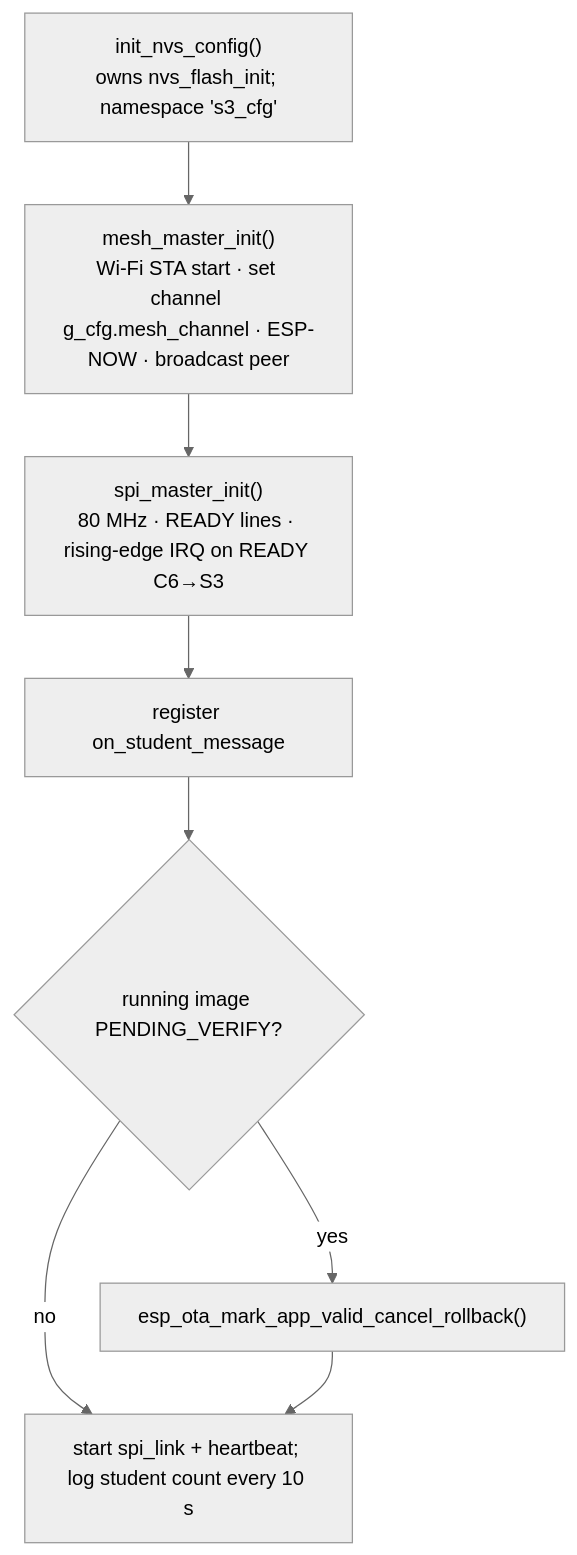
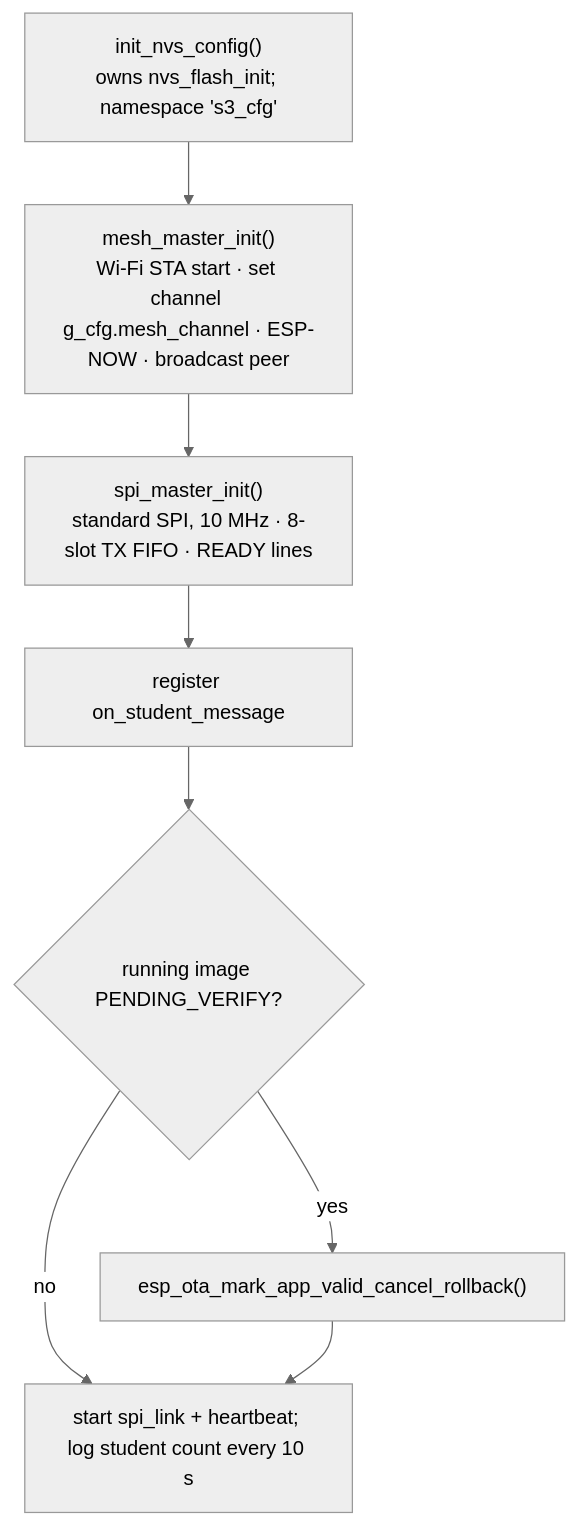
One commit to Kush-Kelaiya22/imPress changed the third of 4 diagrams in docs/architecture/firmware.md. Above: the diagram before and after it, drawn with Mermaid (neutral theme). The commit also changed 31 other files, not shown here.

````diff
--- a/docs/architecture/firmware.md
+++ b/docs/architecture/firmware.md
@@ -65,10 +65,10 @@
 ```mermaid
 flowchart TB
     A["init_nvs_config()<br/>owns nvs_flash_init; namespace 's3_cfg'"] --> B["mesh_master_init()<br/>Wi-Fi STA start · set channel g_cfg.mesh_channel · ESP-NOW · broadcast peer"]
-    B --> C["spi_master_init()<br/>80 MHz · READY lines · rising-edge IRQ on READY C6→S3"]
+    B --> C["spi_master_init()<br/>standard SPI, 10 MHz · 8-slot TX FIFO · READY lines"]
     C --> D["register on_student_message"]
     D --> E{"running image PENDING_VERIFY?"}
     E -- yes --> F["esp_ota_mark_app_valid_cancel_rollback()"]
     E -- no --> G
     F --> G["start spi_link + heartbeat; log student count every 10 s"]
 ```
````
